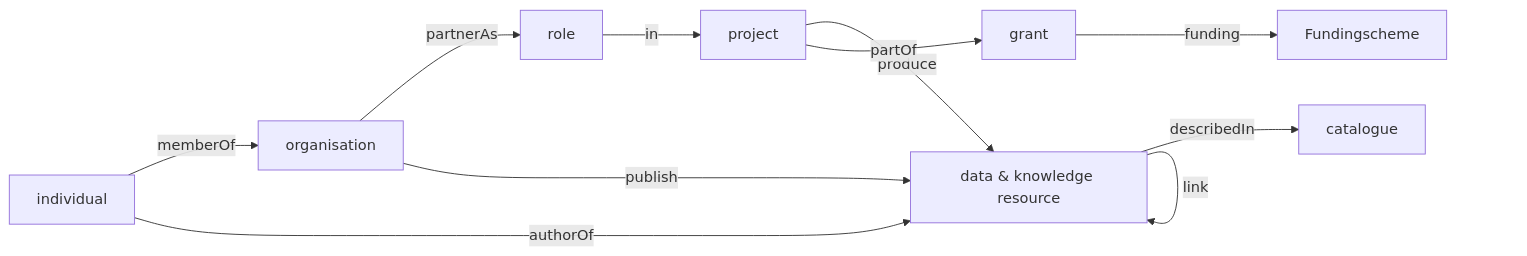
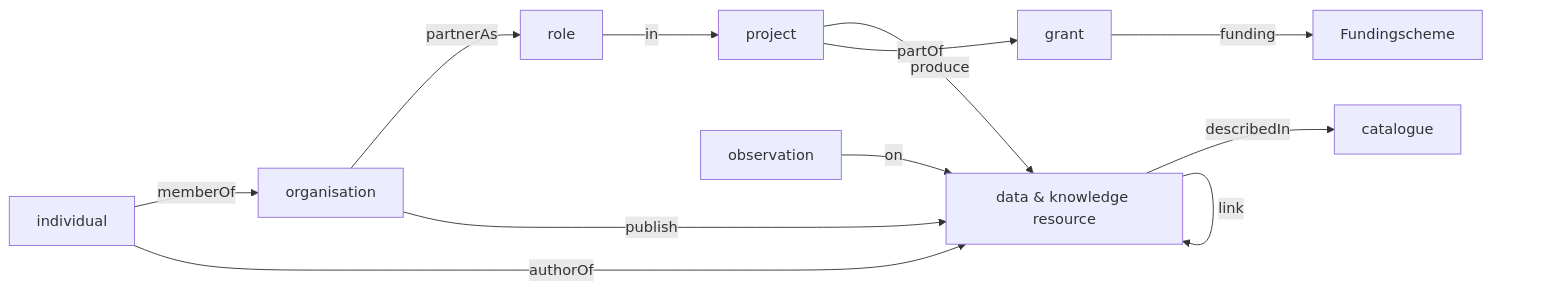
Before and after one commit to soilwise-he/soilwise-ontology: the diagram in README.md, drawn with Mermaid. The commit also changed other lines of this file, not shown here.

Commit message:
add an observation aspect

````diff
--- a/README.md
+++ b/README.md
@@ -4,13 +11,14 @@
 ``` mermaid
 flowchart LR
     ppl[individual] -->|memberOf| o[organisation]
     ppl -->|authorOf| d
     o -->|partnerAs| r
     p[project] -->|produce| d[data & knowledge resource]
+    obs[observation] -->|on| d
     o -->|publish| d
     d -->|describedIn| c[catalogue]
     d -->|link| d
     r[role] -->|in| p
     p -->|partOf| g[grant]
     g -->|funding| fs[Fundingscheme]
 ```
````
